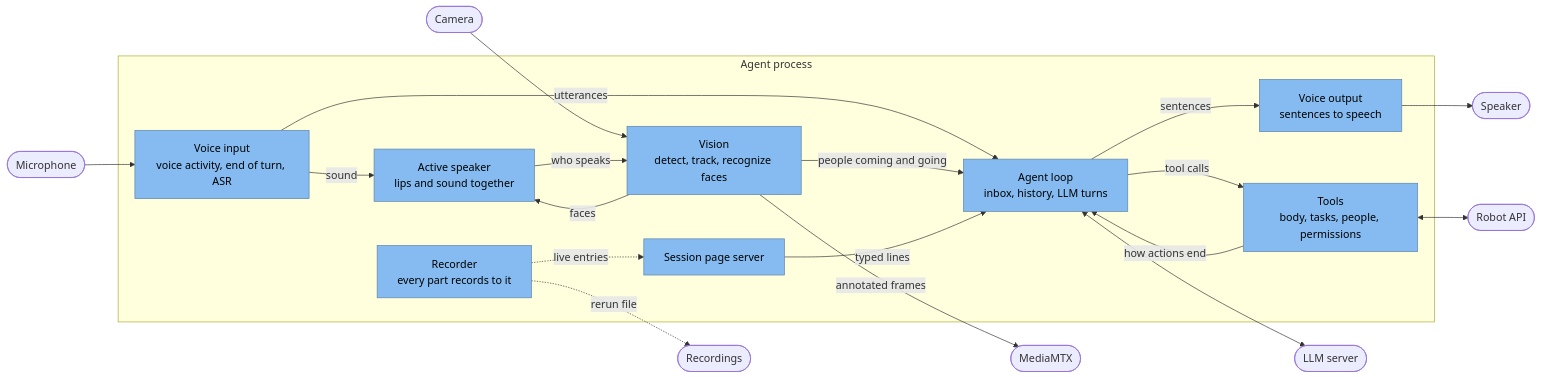
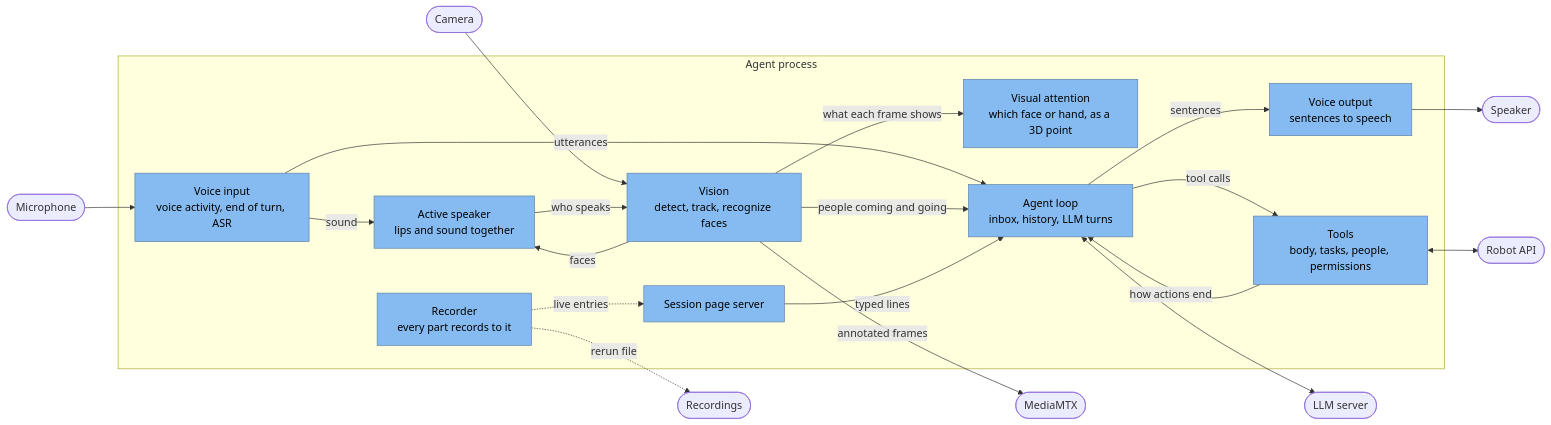
Before and after one commit to lokiledev/robot-voice-agent: the third of 9 diagrams in docs/ARCHITECTURE.md, drawn with Mermaid. The commit also changed other lines of this file and 26 other files, not shown here.

````diff
--- a/docs/ARCHITECTURE.md
+++ b/docs/ARCHITECTURE.md
@@ -90,33 +90,35 @@
 ```mermaid
 flowchart LR
     mic([Microphone]) --> vin
     cam([Camera]) --> vision
     subgraph process ["Agent process"]
         vin["Voice input<br/>voice activity, end of turn, ASR"]
         vision["Vision<br/>detect, track, recognize faces"]
         asd["Active speaker<br/>lips and sound together"]
+        att["Visual attention<br/>which face or hand, as a 3D point"]
         ui["Session page server"]
         loop["Agent loop<br/>inbox, history, LLM turns"]
         tools["Tools<br/>body, tasks, people, permissions"]
         vout["Voice output<br/>sentences to speech"]
         rec["Recorder<br/>every part records to it"]
     end
     vin -- "utterances" --> loop
     vin -- "sound" --> asd
     vision -- "faces" --> asd
     asd -- "who speaks" --> vision
     vision -- "people coming and going" --> loop
+    vision -- "what each frame shows" --> att
     ui -- "typed lines" --> loop
     loop -- "sentences" --> vout
     loop -- "tool calls" --> tools
     tools -- "how actions end" --> loop
     loop <--> llm([LLM server])
     tools <--> robot([Robot API])
     vout --> spk([Speaker])
     vision -- "annotated frames" --> mtx([MediaMTX])
     rec -. "live entries" .-> ui
     rec -. "rerun file" .-> disk([Recordings])
 
     classDef component fill:#85bbf0,stroke:#5d82a8,color:#000
-    class vin,vision,asd,loop,tools,vout,ui,rec component
+    class vin,vision,asd,att,loop,tools,vout,ui,rec component
 ```
````
